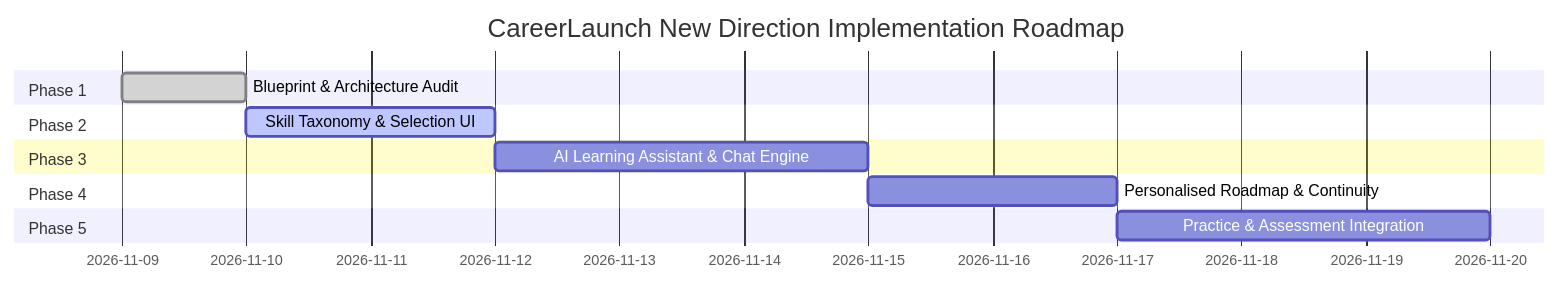
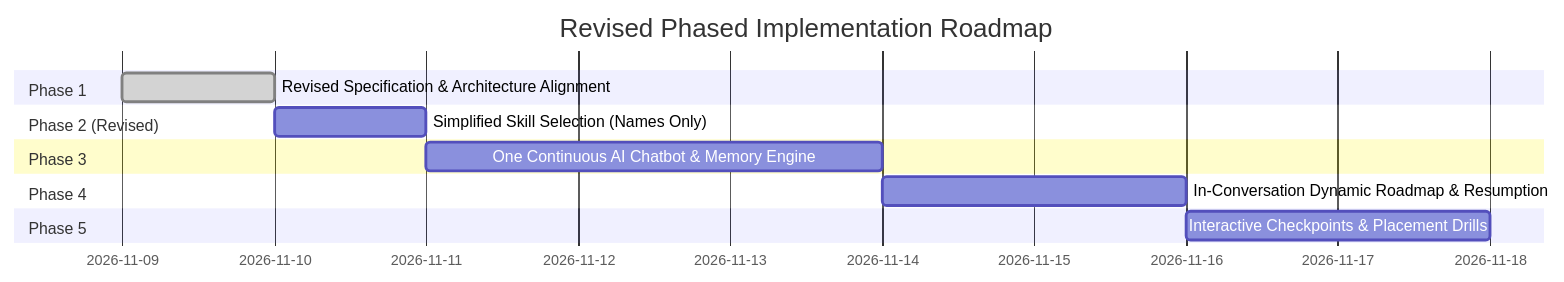
Before and after one commit to Triptidhawann/Career-Launch: the seventh of 7 diagrams in docs/CAREERLAUNCH_NEW_PRODUCT_ARCHITECTURE_BLUEPRINT.md, drawn with Mermaid. The commit also changed other lines of this file, not shown here.

Commit message:
docs(architecture): align blueprint with final product spec: one continuous assistant, simplified skill selection, and prerequisite intelligence

````diff
--- a/docs/CAREERLAUNCH_NEW_PRODUCT_ARCHITECTURE_BLUEPRINT.md
+++ b/docs/CAREERLAUNCH_NEW_PRODUCT_ARCHITECTURE_BLUEPRINT.md
@@ -525,15 +558,15 @@
 ```mermaid
 gantt
-    title CareerLaunch New Direction Implementation Roadmap
+    title Revised Phased Implementation Roadmap
     dateFormat  YYYY-MM-DD
     section Phase 1
-    Blueprint & Architecture Audit        :done, p1, 2026-11-09, 1d
-    section Phase 2
-    Skill Taxonomy & Selection UI         :active, p2, 2026-11-10, 2d
+    Revised Specification & Architecture Alignment :done, p1, 2026-11-09, 1d
+    section Phase 2 (Revised)
+    Simplified Skill Selection (Names Only)        :p2, 2026-11-10, 1d
     section Phase 3
-    AI Learning Assistant & Chat Engine   :p3, after p2, 3d
+    One Continuous AI Chatbot & Memory Engine      :p3, after p2, 3d
     section Phase 4
-    Personalised Roadmap & Continuity     :p4, after p3, 2d
+    In-Conversation Dynamic Roadmap & Resumption   :p4, after p3, 2d
     section Phase 5
-    Practice & Assessment Integration     :p5, after p4, 3d
+    Interactive Checkpoints & Placement Drills     :p5, after p4, 2d
 ```
````
